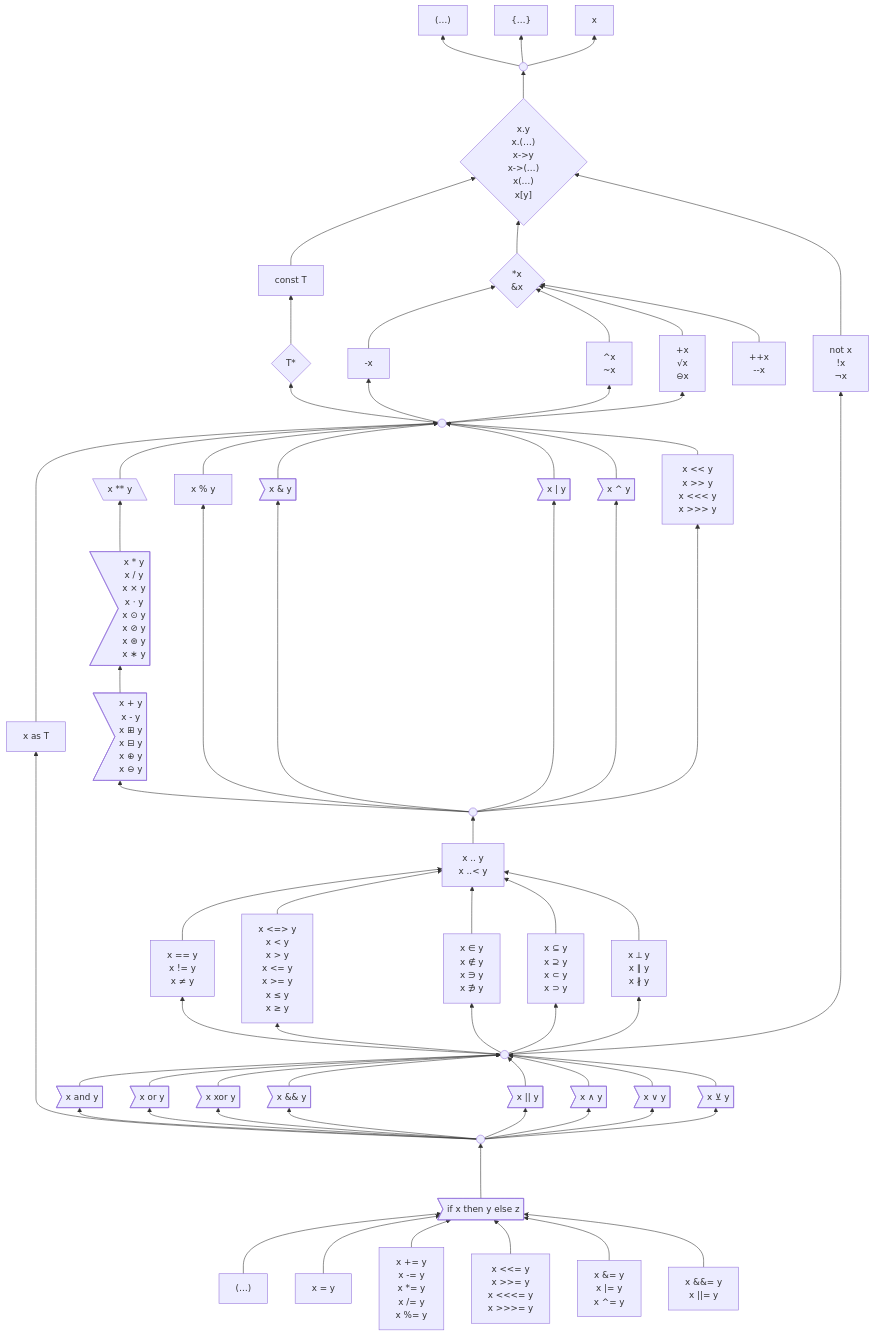
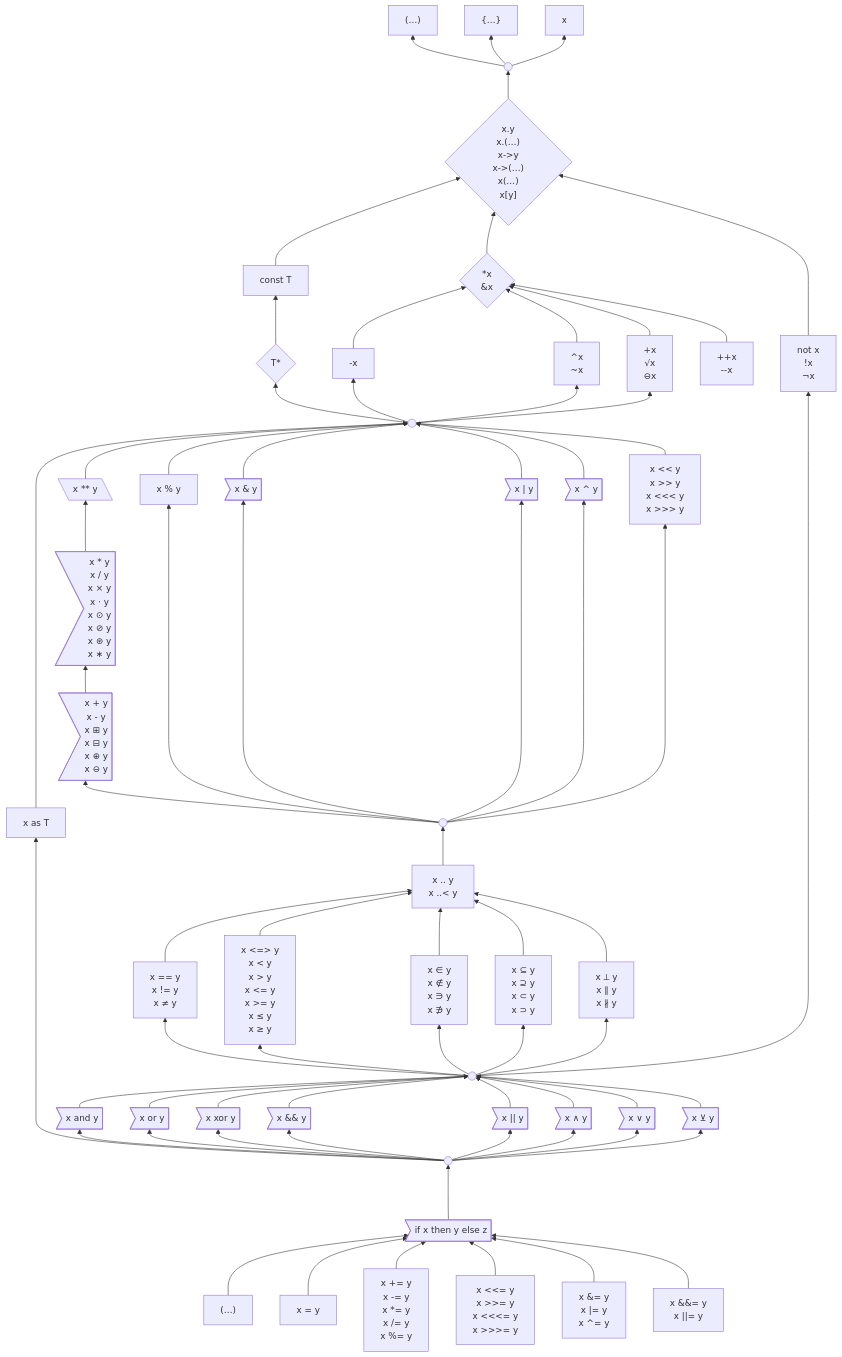
Before and after one commit to laro/Cilia: the first of 2 diagrams in 6 .../2 Unfinished Ideas.md, drawn with Mermaid.

Commit message:
Update 2 Unfinished Ideas.md

````diff
--- a/6 .../2 Unfinished Ideas.md
+++ b/6 .../2 Unfinished Ideas.md
@@ -319,7 +319,7 @@
     not ---> suffixOps
 
     %% `as` at the same level as comparisons
-    as ----> unary
+    as -----> unary
 
     power & modulo & bitwiseAnd & bitwiseOr & bitwiseXor & shiftRotate --> unary
     multiplication --> power
@@ -333,7 +333,8 @@
     logicalOperand --> equality & comparison & membership & subset & parallel & not
 
     and & or & xor & andAmp & orAmp & andSym & orSym & xorSym --> logicalOperand
-    logicalExpression --> as & and & or & xor & andAmp & orAmp & andSym & orSym & xorSym
+    logicalExpression ---> as
+    logicalExpression --> and & or & xor & andAmp & orAmp & andSym & orSym & xorSym
     if ---> logicalExpression
     insideParens & assignPlain & assignArithmetic & assignShift & assignBitwise & assignLogical --> if
 ```
````
